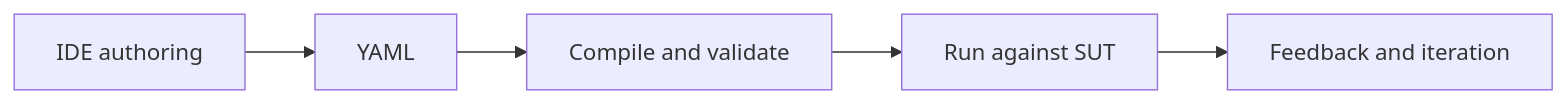
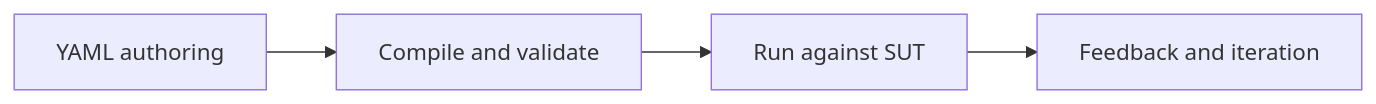
Before and after one commit to eclipse-tractusx/tractusx-testlab: the first of 2 diagrams in docs/developer/product-scope.md, drawn with Mermaid. The commit also changed other lines of this file and 155 other files, not shown here.

````diff
--- a/docs/developer/product-scope.md
+++ b/docs/developer/product-scope.md
@@ -89,7 +88,6 @@
 ```mermaid
 flowchart LR
-    A[IDE authoring] --> B[YAML]
-    B --> C[Compile and validate]
+    B[YAML authoring] --> C[Compile and validate]
     C --> D[Run against SUT]
     D --> E[Feedback and iteration]
 ```
````
